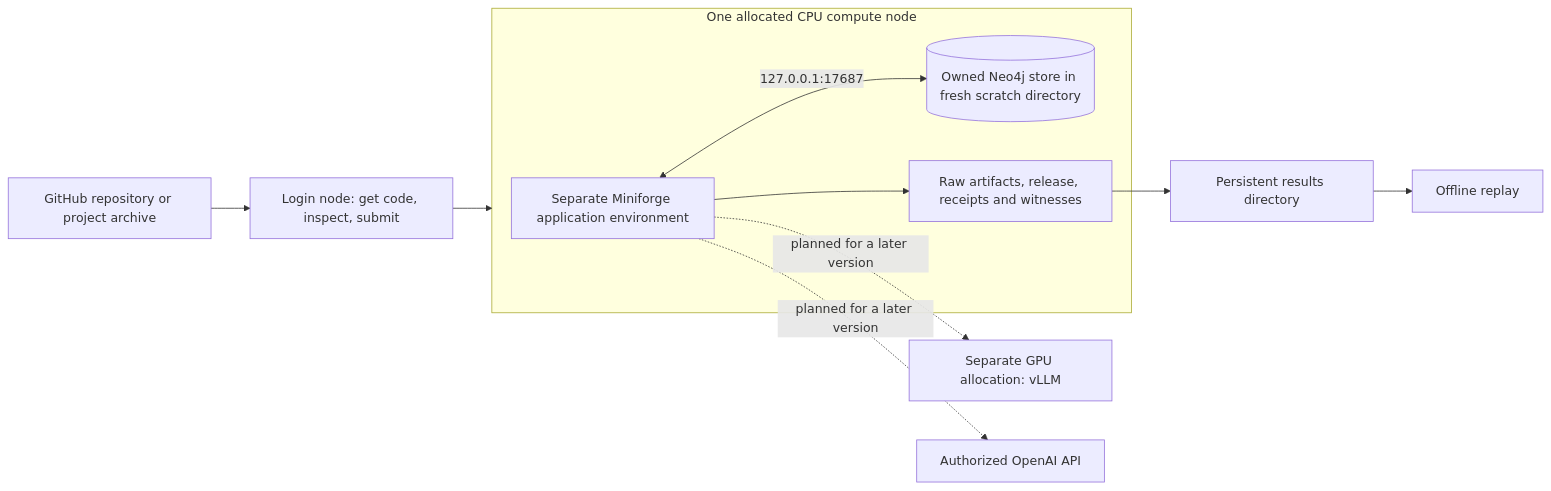
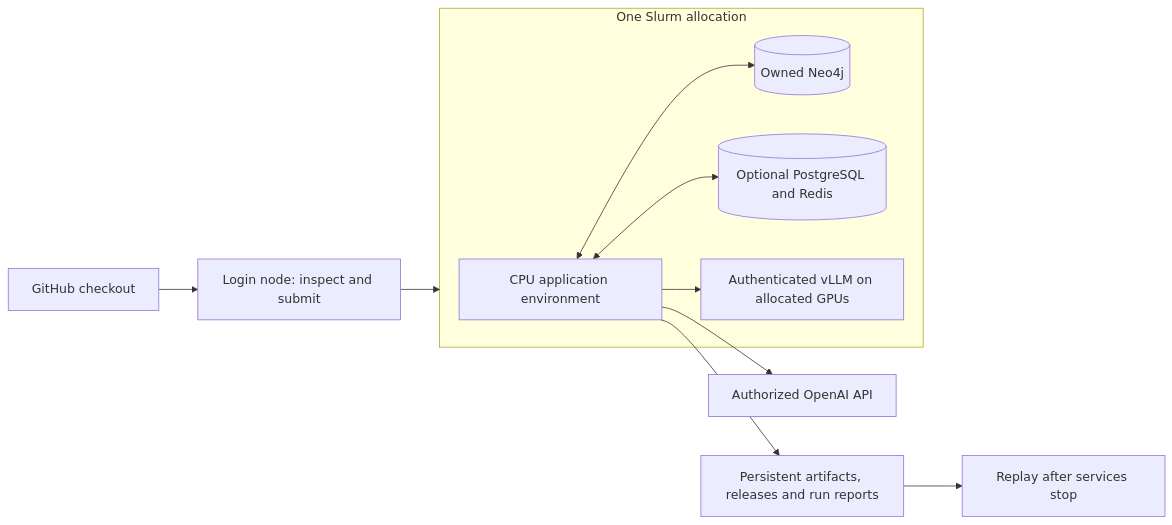
The third of 3 diagrams in README.md (ur6yr/knowledge-diffusion), drawn with Mermaid before and after one commit. The commit also changed other lines of this file and 74 other files, not shown here.

````diff
--- a/README.md
+++ b/README.md
@@ -82,16 +69,17 @@
 ```mermaid
 flowchart LR
-    LOCAL["GitHub repository or project archive"] --> LOGIN["Login node: get code, inspect, submit"]
+    GH["GitHub checkout"] --> LOGIN["Login node: inspect and submit"]
     LOGIN --> JOB
-    subgraph JOB["One allocated CPU compute node"]
-        APP["Separate Miniforge application environment"]
-        DB[("Owned Neo4j store in fresh scratch directory")]
-        FILES["Raw artifacts, release, receipts and witnesses"]
-        APP <-->|"127.0.0.1:17687"| DB
-        APP --> FILES
+    subgraph JOB["One Slurm allocation"]
+        APP["CPU application environment"]
+        DB[("Owned Neo4j")]
+        META[("Optional PostgreSQL and Redis")]
+        GPU["Authenticated vLLM on allocated GPUs"]
+        APP <--> DB
+        APP <--> META
+        APP --> GPU
     end
-    FILES --> SAVE["Persistent results directory"]
-    SAVE --> REPLAY["Offline replay"]
-    APP -. "planned for a later version" .-> GPU["Separate GPU allocation: vLLM"]
-    APP -. "planned for a later version" .-> API["Authorized OpenAI API"]
+    APP --> API["Authorized OpenAI API"]
+    APP --> SAVE["Persistent artifacts, releases and run reports"]
+    SAVE --> REPLAY["Replay after services stop"]
 ```
````
